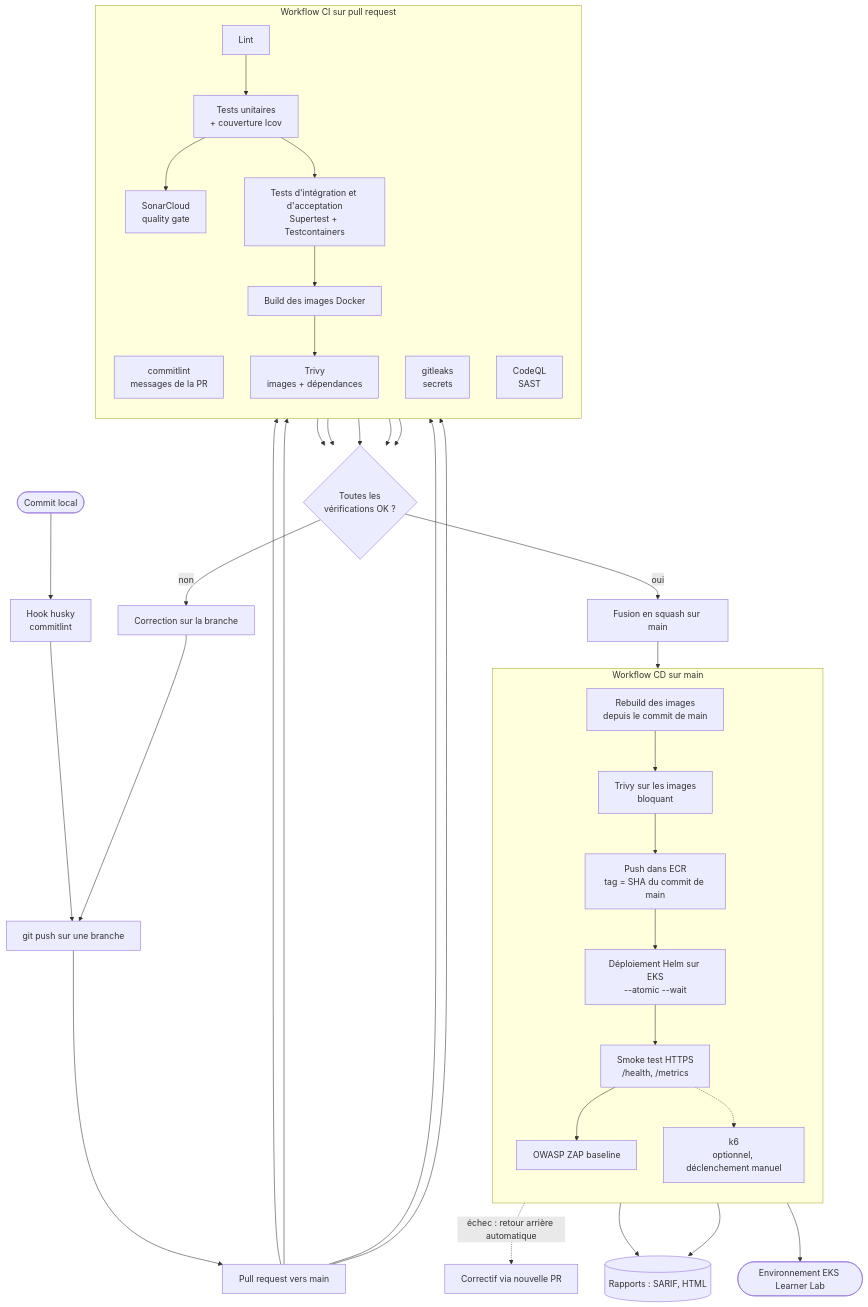
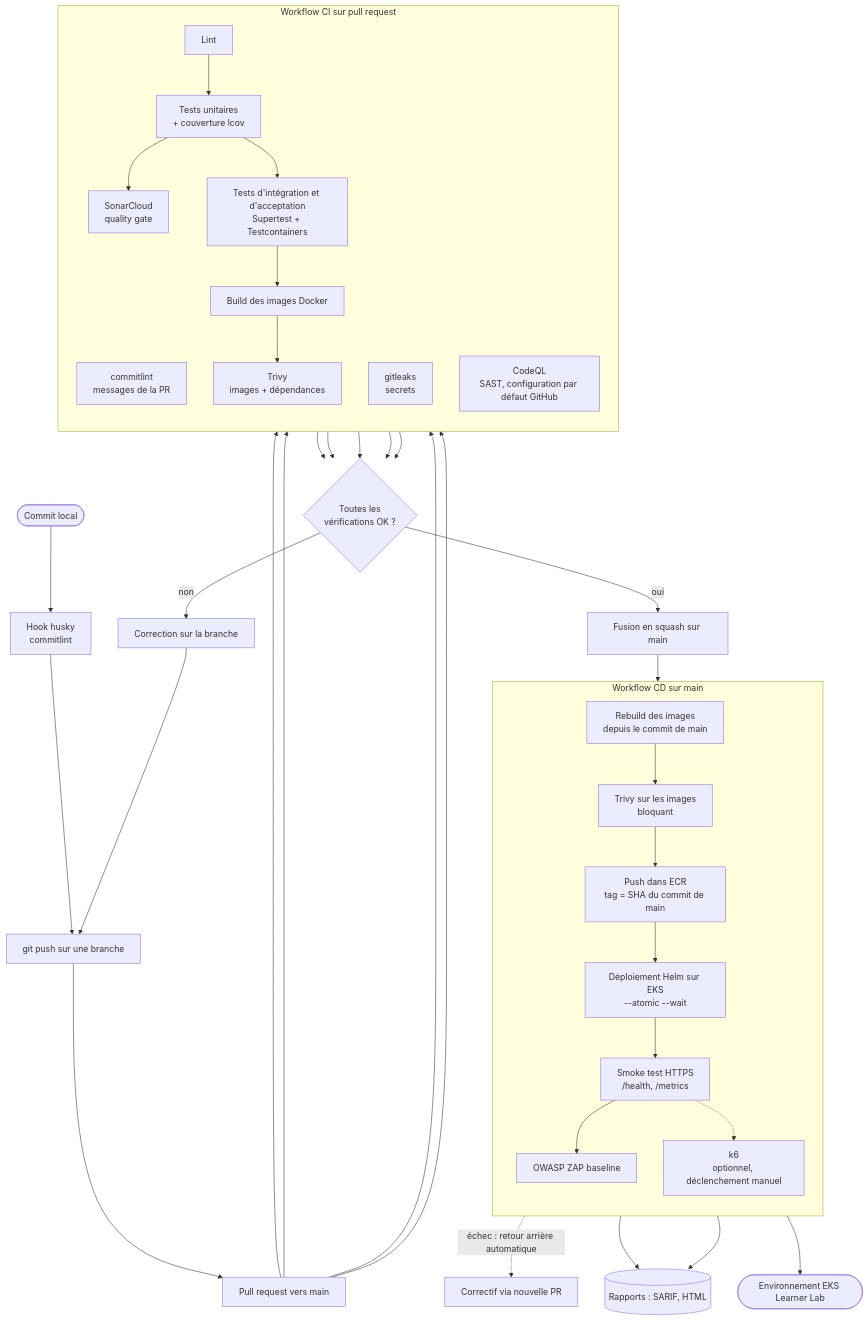
Before and after one commit to Melandry27/collector-shop: the diagram in docs/process/ci-cd.md, drawn with Mermaid. The commit also changed other lines of this file and 2 other files, not shown here.

First line of the commit message:
docs(docs): indiquer que CodeQL est en place en configuration par défaut (S1-04, S1-05)

````diff
--- a/docs/process/ci-cd.md
+++ b/docs/process/ci-cd.md
@@ -9,50 +9,50 @@
 ```mermaid
 flowchart TD
   dev([Commit local]) --> hook[Hook husky<br/>commitlint]
   hook --> push[git push sur une branche]
   push --> pr[Pull request vers main]
 
   subgraph PR[Workflow CI sur pull request]
     direction TB
     cl[commitlint<br/>messages de la PR]
     gl[gitleaks<br/>secrets]
     lint[Lint]
     ut[Tests unitaires<br/>+ couverture lcov]
     sq[SonarCloud<br/>quality gate]
-    cq[CodeQL<br/>SAST]
+    cq[CodeQL<br/>SAST, configuration par défaut GitHub]
     it[Tests d'intégration et d'acceptation<br/>Supertest + Testcontainers]
     bld[Build des images Docker]
     tv[Trivy<br/>images + dépendances]
     lint --> ut --> sq
     ut --> it --> bld --> tv
   end
 
   pr --> cl & gl & lint & cq
   sq --> okpr{Toutes les<br/>vérifications OK ?}
   cl --> okpr
   gl --> okpr
   cq --> okpr
   tv --> okpr
   okpr -->|non| fix[Correction sur la branche]
   fix --> push
   okpr -->|oui| merge[Fusion en squash sur main]
 
   subgraph MAIN[Workflow CD sur main]
     direction TB
     bldm[Rebuild des images<br/>depuis le commit de main]
     tvm[Trivy sur les images<br/>bloquant]
     ecr[Push dans ECR<br/>tag = SHA du commit de main]
     helm[Déploiement Helm sur EKS<br/>--atomic --wait]
     smoke[Smoke test HTTPS<br/>/health, /metrics]
     zap[OWASP ZAP baseline]
     k6[k6<br/>optionnel, déclenchement manuel]
     bldm --> tvm --> ecr --> helm --> smoke --> zap
     smoke -.-> k6
   end
 
   merge --> bldm
   helm -. échec : retour arrière automatique .-> fixmain[Correctif via nouvelle PR]
   zap --> rep[(Rapports : SARIF, HTML)]
   k6 --> rep
   smoke --> prod([Environnement EKS Learner Lab])
 ```
````
